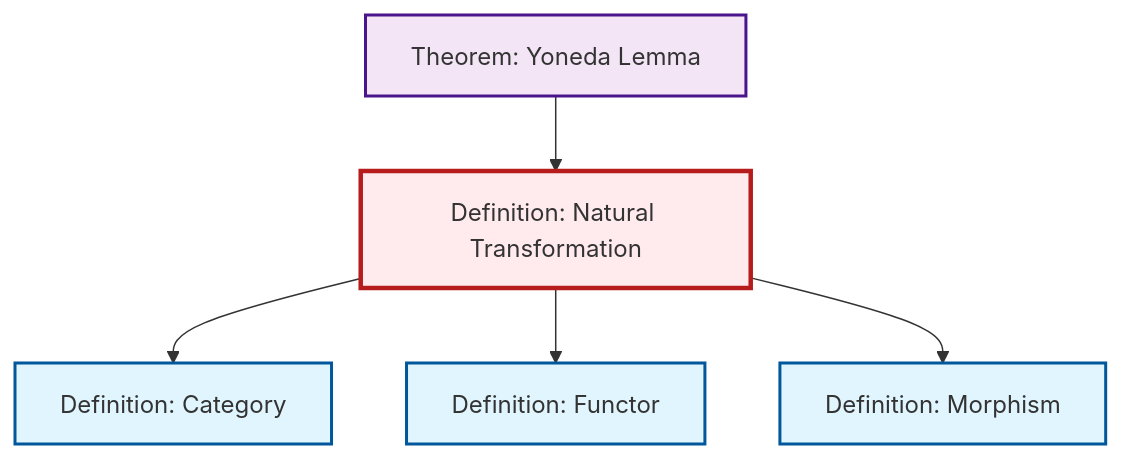
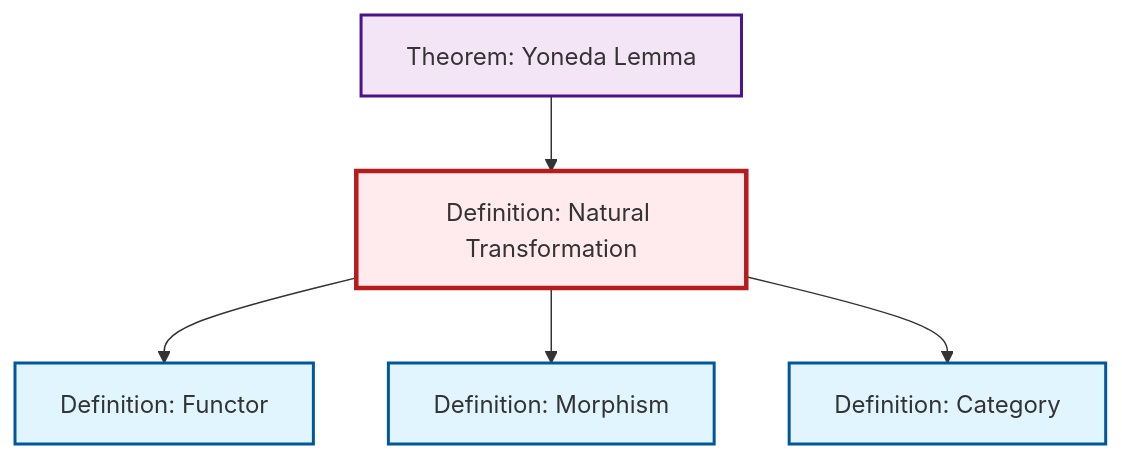
The diagram in output/mermaid/def-natural-transformation.mermaid (RK0429/ModernMath), drawn with Mermaid before and after one commit. The commit also changed other lines of this file and 581 other files, not shown here.

```diff
--- a/output/mermaid/def-natural-transformation.mermaid
+++ b/output/mermaid/def-natural-transformation.mermaid
@@ -1,17 +1,17 @@
 %%| fig-cap: "Local dependency graph"
 graph TD
     classDef definition fill:#e1f5fe,stroke:#01579b,stroke-width:2px
     classDef theorem fill:#f3e5f5,stroke:#4a148c,stroke-width:2px
     classDef axiom fill:#fff3e0,stroke:#e65100,stroke-width:2px
     classDef example fill:#e8f5e9,stroke:#1b5e20,stroke-width:2px
     classDef current fill:#ffebee,stroke:#b71c1c,stroke-width:3px
-    def-functor["Definition: Functor"]:::definition
+    thm-yoneda["Theorem: Yoneda Lemma"]:::theorem
+    def-morphism["Definition: Morphism"]:::definition
     def-category["Definition: Category"]:::definition
     def-natural-transformation["Definition: Natural Transformation"]:::definition
-    thm-yoneda["Theorem: Yoneda Lemma"]:::theorem
-    def-morphism["Definition: Morphism"]:::definition
+    def-functor["Definition: Functor"]:::definition
+    def-natural-transformation --> def-functor
+    thm-yoneda --> def-natural-transformation
+    def-natural-transformation --> def-morphism
     def-natural-transformation --> def-category
-    def-natural-transformation --> def-functor
-    def-natural-transformation --> def-morphism
-    thm-yoneda --> def-natural-transformation
     class def-natural-transformation current
```
